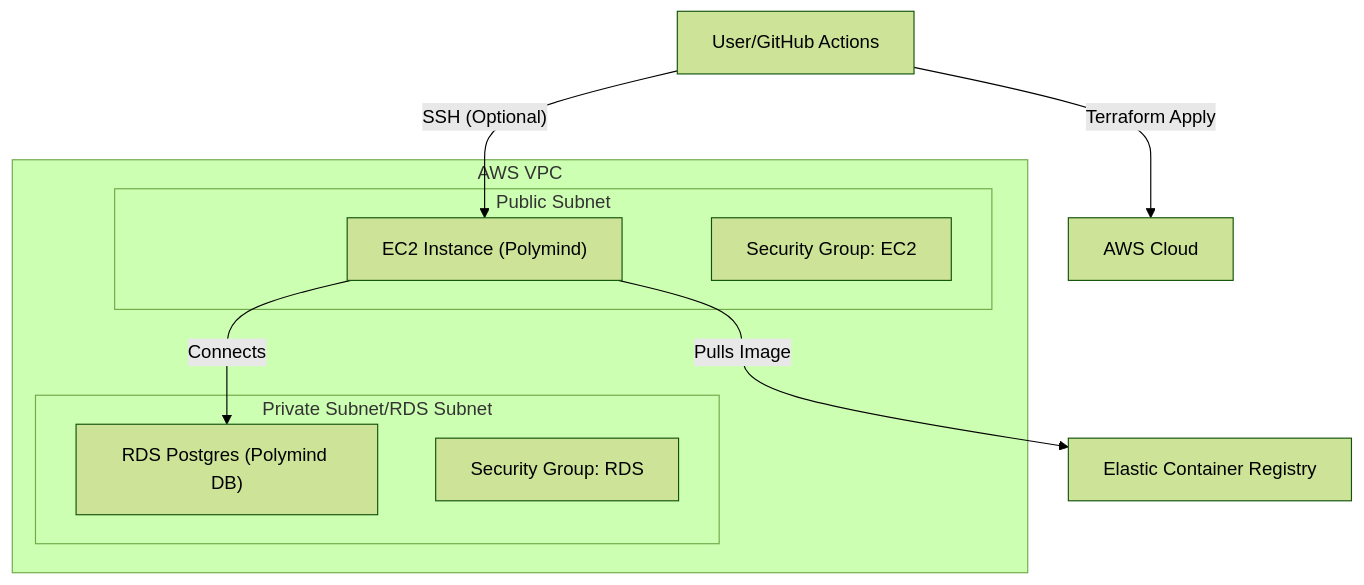
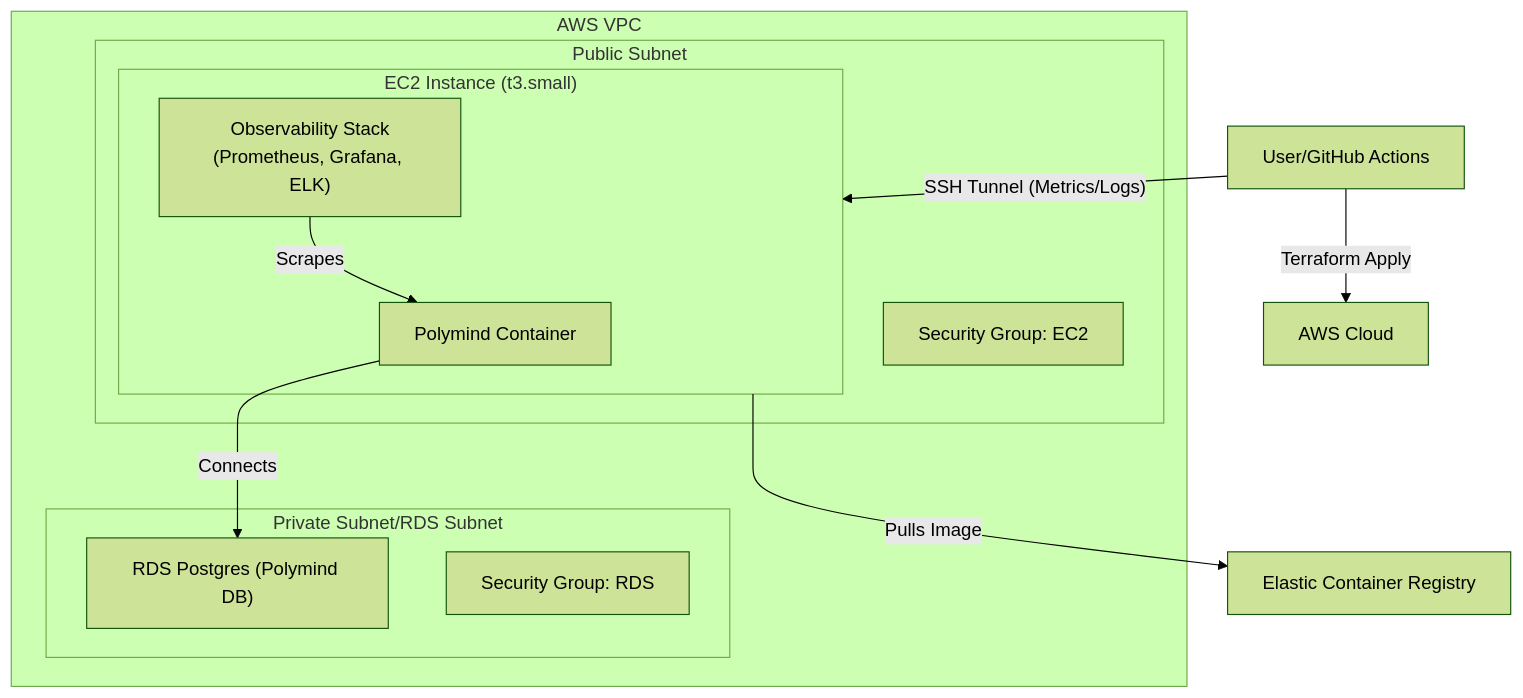
Before and after one commit to Wad-Law/infra: the diagram in README.md, drawn with Mermaid (forest theme). The commit also changed other lines of this file and 4 other files, not shown here.

````diff
--- a/README.md
+++ b/README.md
@@ -9,18 +9,22 @@
 ```mermaid
 graph TD
     User["User/GitHub Actions"] -->|Terraform Apply| AWS["AWS Cloud"]
     subgraph cloud ["AWS VPC"]
         subgraph public ["Public Subnet"]
-            EC2["EC2 Instance (Polymind)"]
+            subgraph instance ["EC2 Instance (t3.small)"]
+                Polymind["Polymind Container"]
+                Obs["Observability Stack<br/>(Prometheus, Grafana, ELK)"]
+            end
             SG_EC2["Security Group: EC2"]
         end
         subgraph private ["Private Subnet/RDS Subnet"]
             RDS["RDS Postgres (Polymind DB)"]
             SG_RDS["Security Group: RDS"]
         end
     end
     
-    EC2 -->|Connects| RDS
-    EC2 -->|Pulls Image| ECR["Elastic Container Registry"]
-    User -->|"SSH (Optional)"| EC2
+    Polymind -->|Connects| RDS
+    Obs -->|Scrapes| Polymind
+    instance -->|Pulls Image| ECR["Elastic Container Registry"]
+    User -->|"SSH Tunnel (Metrics/Logs)"| instance
 ```
````
